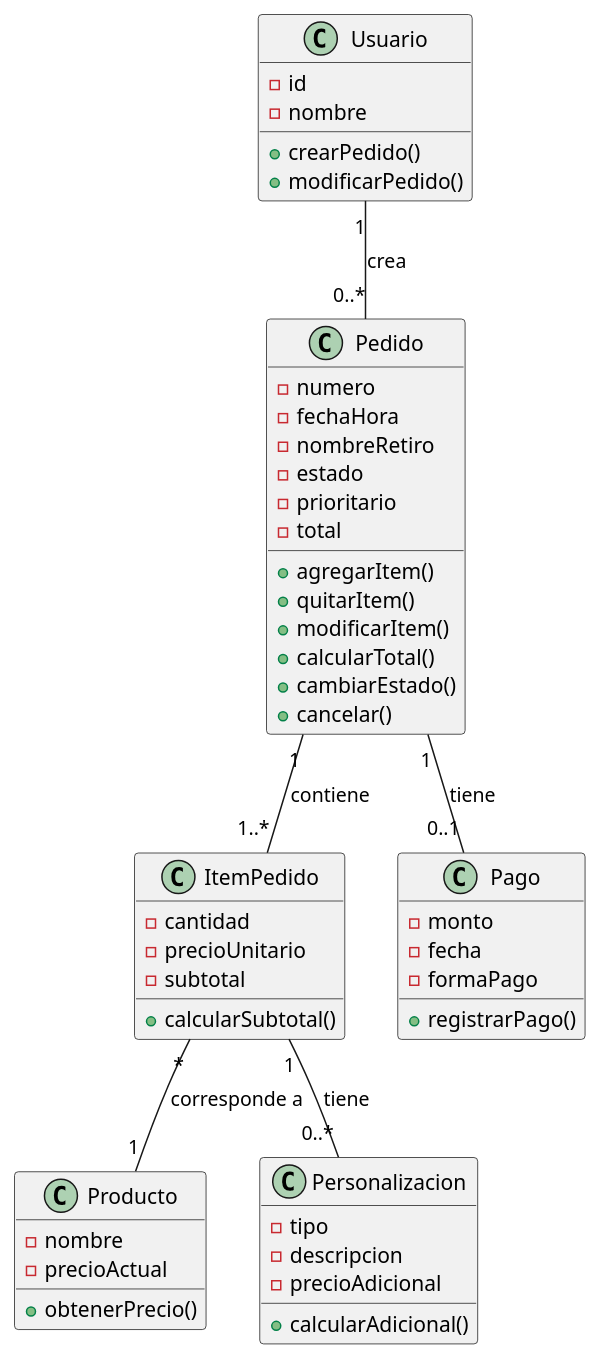
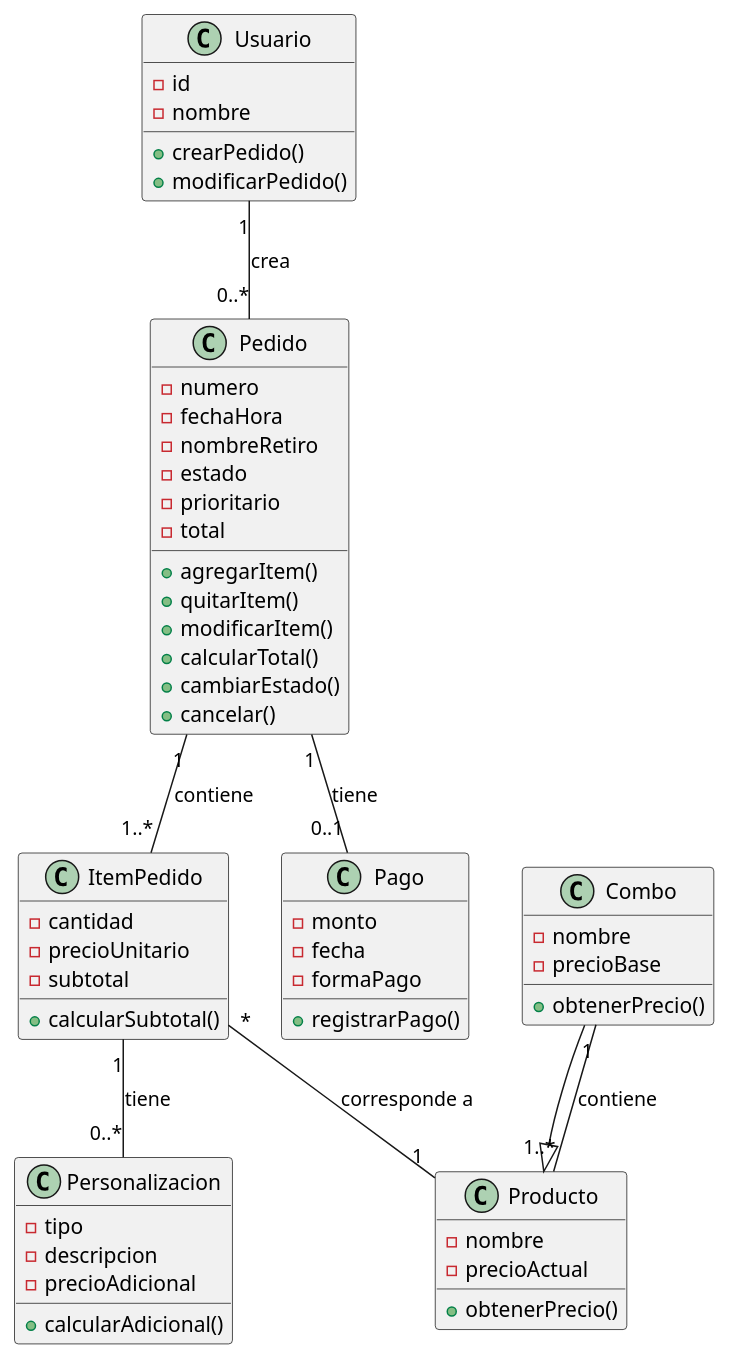
One commit to cmariano93-netizen/SistemaPedidos changed the diagram in diagramas/boceto_inicial_clases.puml. Above: the diagram before and after it, drawn with PlantUML. The commit also changed 3 other files, not shown here.

```diff
--- a/diagramas/boceto_inicial_clases.puml
+++ b/diagramas/boceto_inicial_clases.puml
@@ -1,58 +1,66 @@
 @startuml
 
 class Usuario {
   - id
   - nombre
   + crearPedido()
   + modificarPedido()
 }
 
 class Pedido {
   - numero
   - fechaHora
   - nombreRetiro
   - estado
   - prioritario
   - total
   + agregarItem()
   + quitarItem()
   + modificarItem()
   + calcularTotal()
   + cambiarEstado()
   + cancelar()
 }
 
 class ItemPedido {
   - cantidad
   - precioUnitario
   - subtotal
   + calcularSubtotal()
 }
 
 class Producto {
   - nombre
   - precioActual
   + obtenerPrecio()
 }
 
+class Combo {
+  - nombre
+  - precioBase
+  + obtenerPrecio()
+}
+
 class Personalizacion {
   - tipo
   - descripcion
   - precioAdicional
   + calcularAdicional()
 }
 
 class Pago {
   - monto
   - fecha
   - formaPago
   + registrarPago()
 }
 
 Usuario "1" -- "0..*" Pedido : crea
 Pedido "1" -- "1..*" ItemPedido : contiene
 ItemPedido "*" -- "1" Producto : corresponde a
 ItemPedido "1" -- "0..*" Personalizacion : tiene
 Pedido "1" -- "0..1" Pago : tiene
+Combo --|> Producto
+Combo "1" -- "1..*" Producto : contiene
 
 @enduml
```
